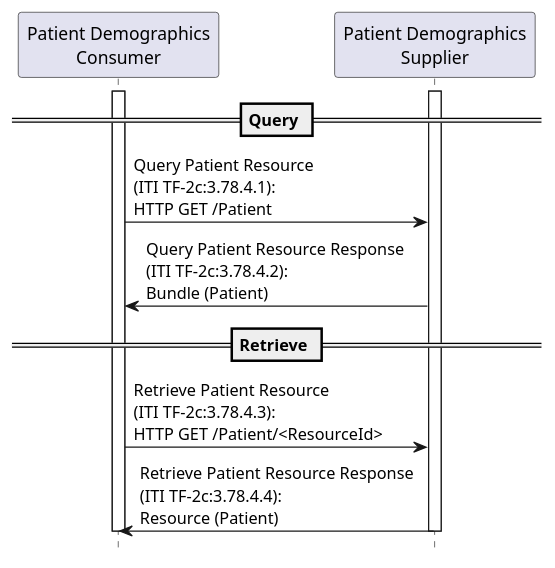
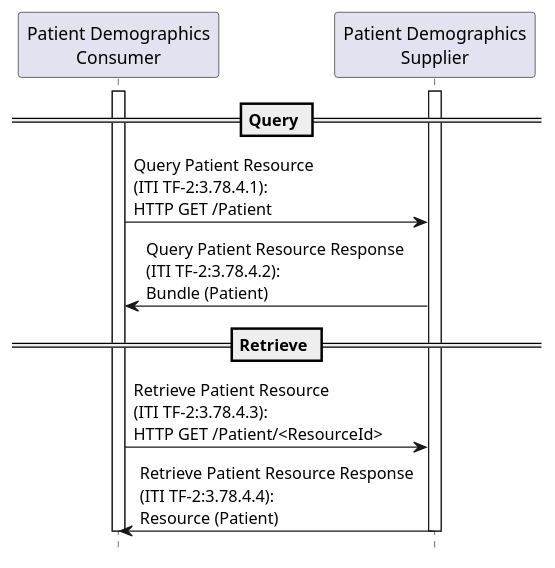
The diagram in input/images-source/ITI-78-seq.plantuml (IHE/ITI.PDQm), drawn with PlantUML before and after one commit. The commit also changed 11 other files, not shown here.

```diff
--- a/input/images-source/ITI-78-seq.plantuml
+++ b/input/images-source/ITI-78-seq.plantuml
@@ -1,19 +1,19 @@
 @startuml
 hide footbox
 
 participant "Patient Demographics\nConsumer" as Client
 participant "Patient Demographics\nSupplier" as Server
 
 == Query ==
 activate Client
 activate Server
-Client -> Server : Query Patient Resource\n(ITI TF-2c:3.78.4.1):\nHTTP GET /Patient
-Server -> Client : Query Patient Resource Response\n(ITI TF-2c:3.78.4.2):\nBundle (Patient)
+Client -> Server : Query Patient Resource\n(ITI TF-2:3.78.4.1):\nHTTP GET /Patient
+Server -> Client : Query Patient Resource Response\n(ITI TF-2:3.78.4.2):\nBundle (Patient)
 
 == Retrieve ==
-Client -> Server : Retrieve Patient Resource\n(ITI TF-2c:3.78.4.3):\nHTTP GET /Patient/<ResourceId>
-Server -> Client : Retrieve Patient Resource Response\n(ITI TF-2c:3.78.4.4):\nResource (Patient)
+Client -> Server : Retrieve Patient Resource\n(ITI TF-2:3.78.4.3):\nHTTP GET /Patient/<ResourceId>
+Server -> Client : Retrieve Patient Resource Response\n(ITI TF-2:3.78.4.4):\nResource (Patient)
 deactivate Server
 deactivate Client
 
 @enduml
```
